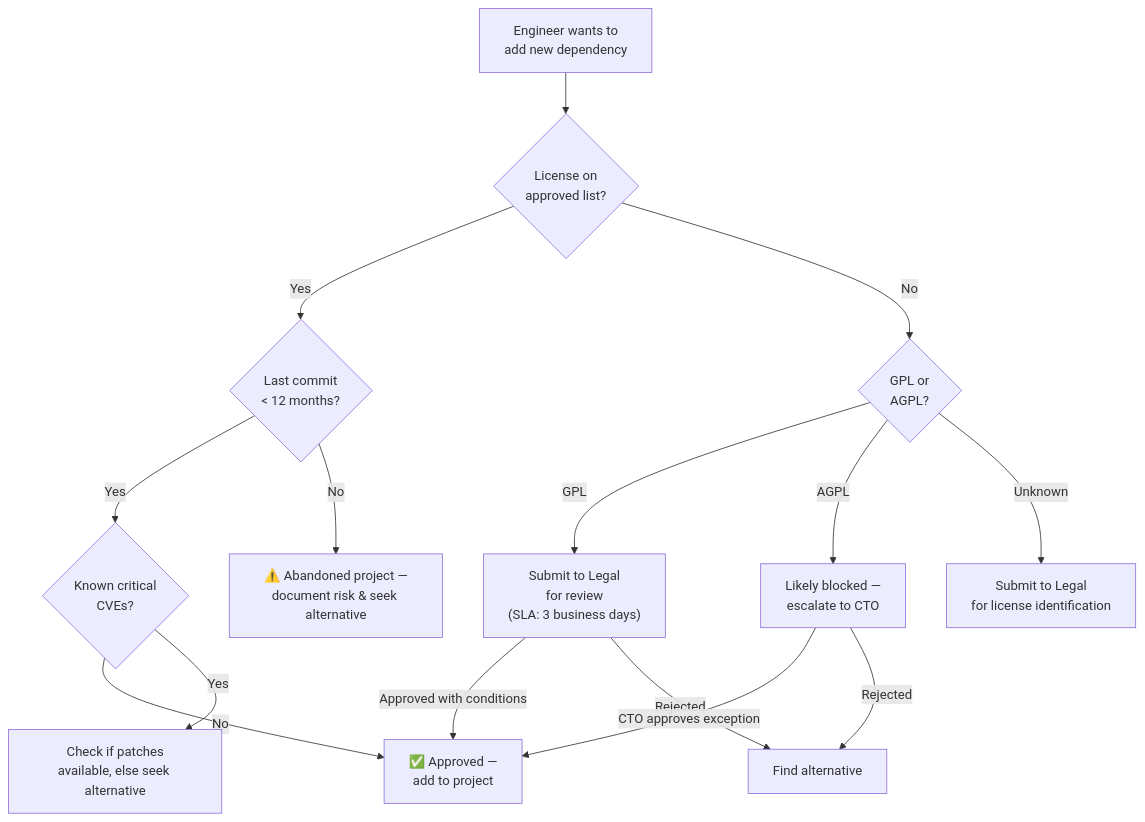
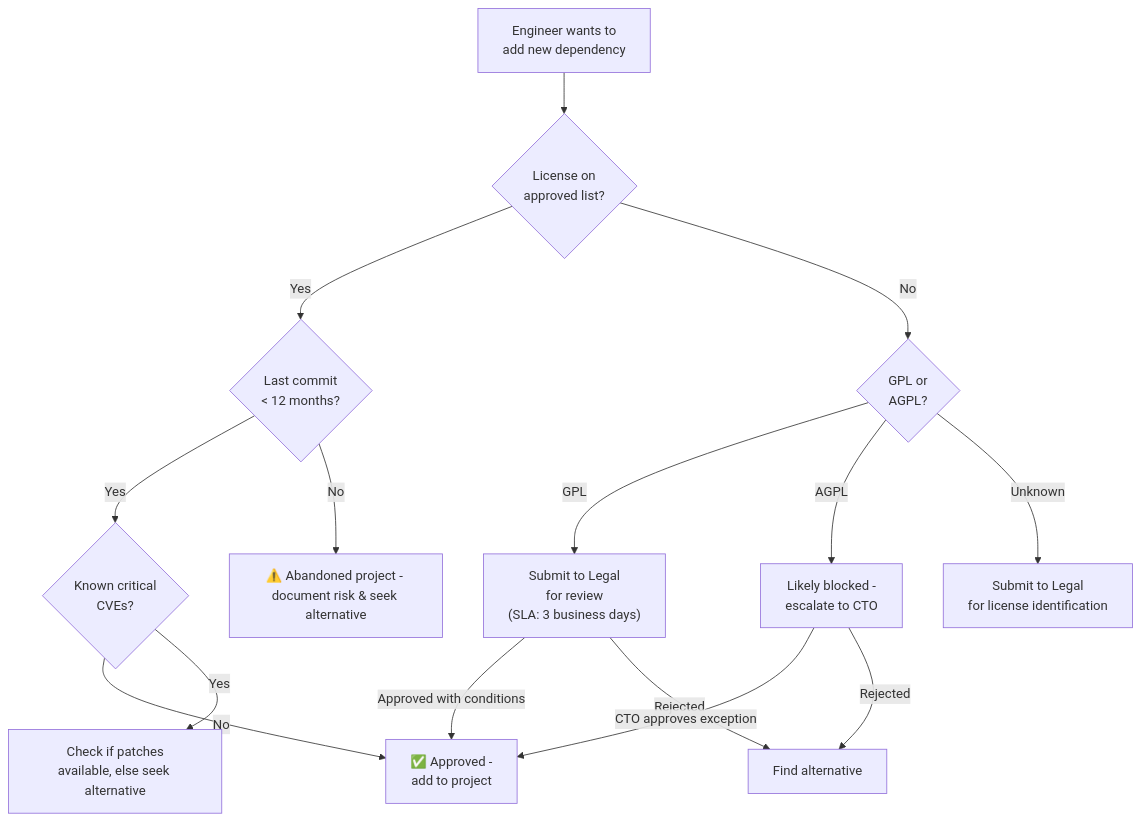
The second of 4 diagrams in 07-ways-of-working/03-open-source-policy.md (rishikeshdhokare/platform-manifesto), drawn with Mermaid before and after one commit. The commit also changed other lines of this file and 16 other files, not shown here.

````diff
--- a/07-ways-of-working/03-open-source-policy.md
+++ b/07-ways-of-working/03-open-source-policy.md
@@ -79,21 +79,21 @@
 ```mermaid
 flowchart TD
     A["Engineer wants to<br/>add new dependency"] --> B{"License on<br/>approved list?"}
     B -->|"Yes"| C{"Last commit<br/>< 12 months?"}
     B -->|"No"| D{"GPL or<br/>AGPL?"}
 
     D -->|"GPL"| E["Submit to Legal<br/>for review<br/>(SLA: 3 business days)"]
-    D -->|"AGPL"| F["Likely blocked —<br/>escalate to CTO"]
+    D -->|"AGPL"| F["Likely blocked - <br/>escalate to CTO"]
     D -->|"Unknown"| G["Submit to Legal<br/>for license identification"]
 
     C -->|"Yes"| H{"Known critical<br/>CVEs?"}
-    C -->|"No"| I["⚠️ Abandoned project —<br/>document risk & seek alternative"]
+    C -->|"No"| I["⚠️ Abandoned project - <br/>document risk & seek alternative"]
 
-    H -->|"No"| J["✅ Approved —<br/>add to project"]
+    H -->|"No"| J["✅ Approved - <br/>add to project"]
     H -->|"Yes"| K["Check if patches<br/>available, else seek alternative"]
 
     E -->|"Approved with conditions"| J
     E -->|"Rejected"| L["Find alternative"]
     F -->|"CTO approves exception"| J
     F -->|"Rejected"| L
 ```
````
